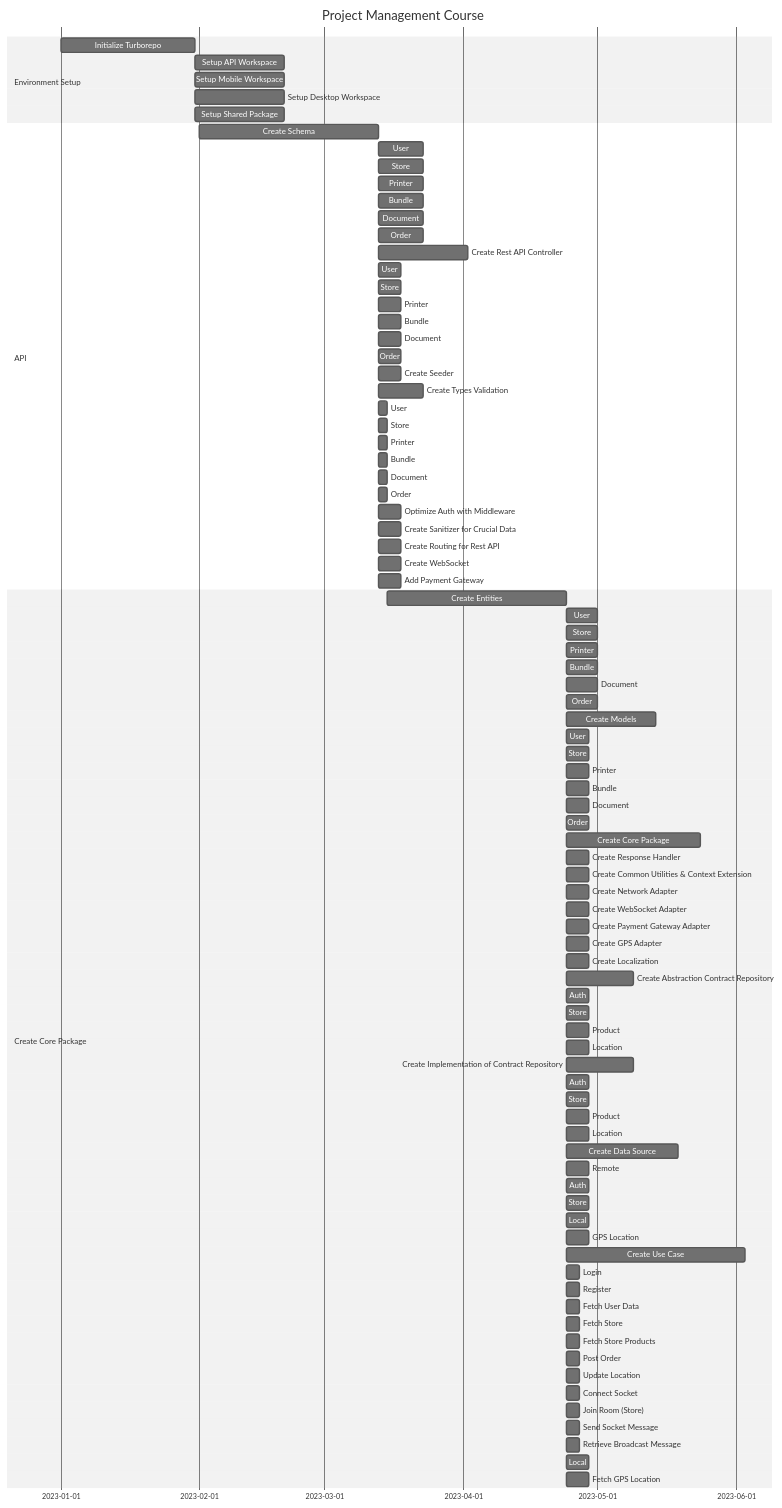
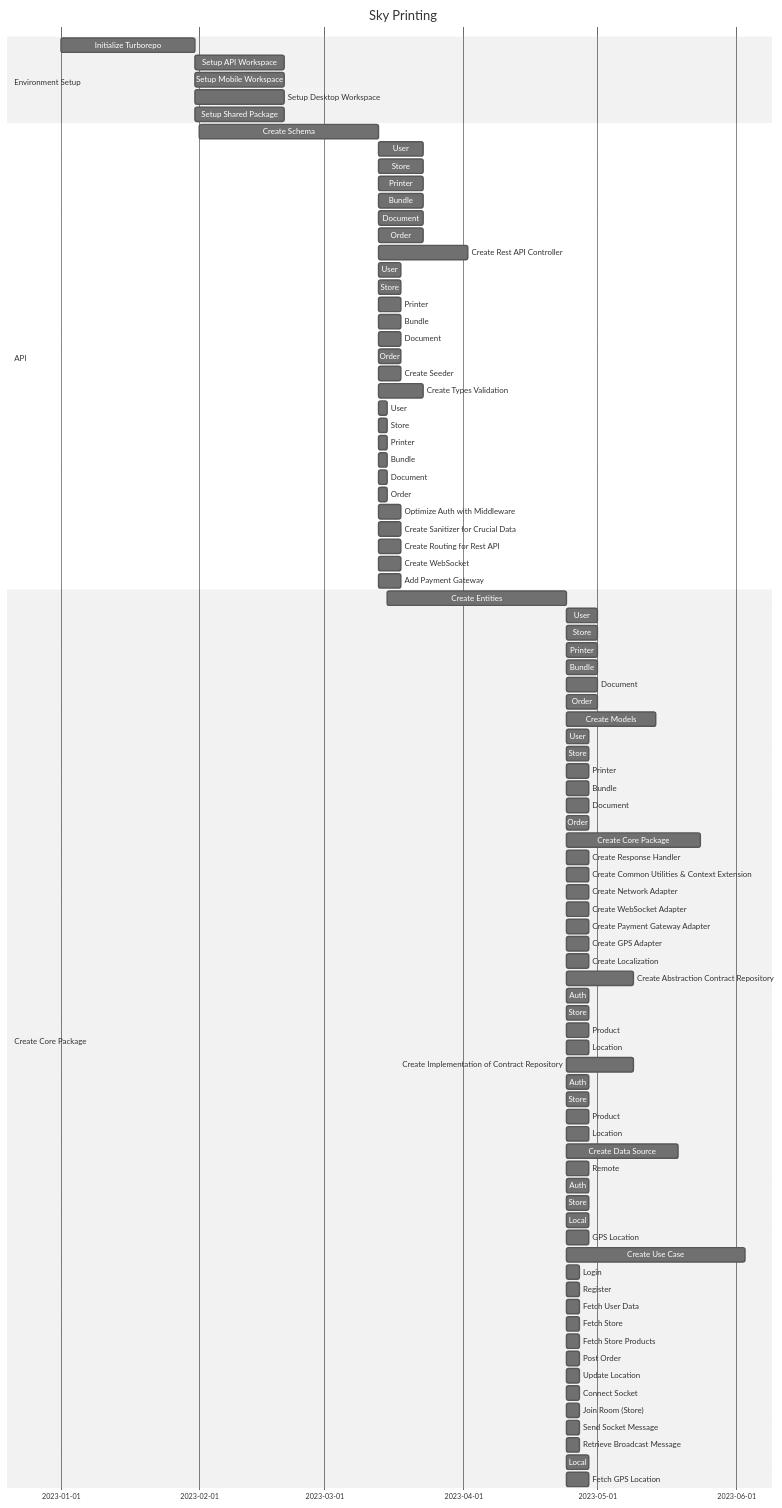
One commit to Zenta-Code/printilan changed the diagram in README.md. Above: the diagram before and after it, drawn with Mermaid (neutral theme). The commit also changed other lines of this file, not shown here.

Commit message:
feat:add gant chart to readme.md

````diff
--- a/README.md
+++ b/README.md
@@ -107,6 +16,6 @@
 ```mermaid
 gantt
-    title Project Management Course
+    title Sky Printing
 
     section Environment Setup
         Initialize Turborepo     :a1, 2023-01-01, 30d
````
